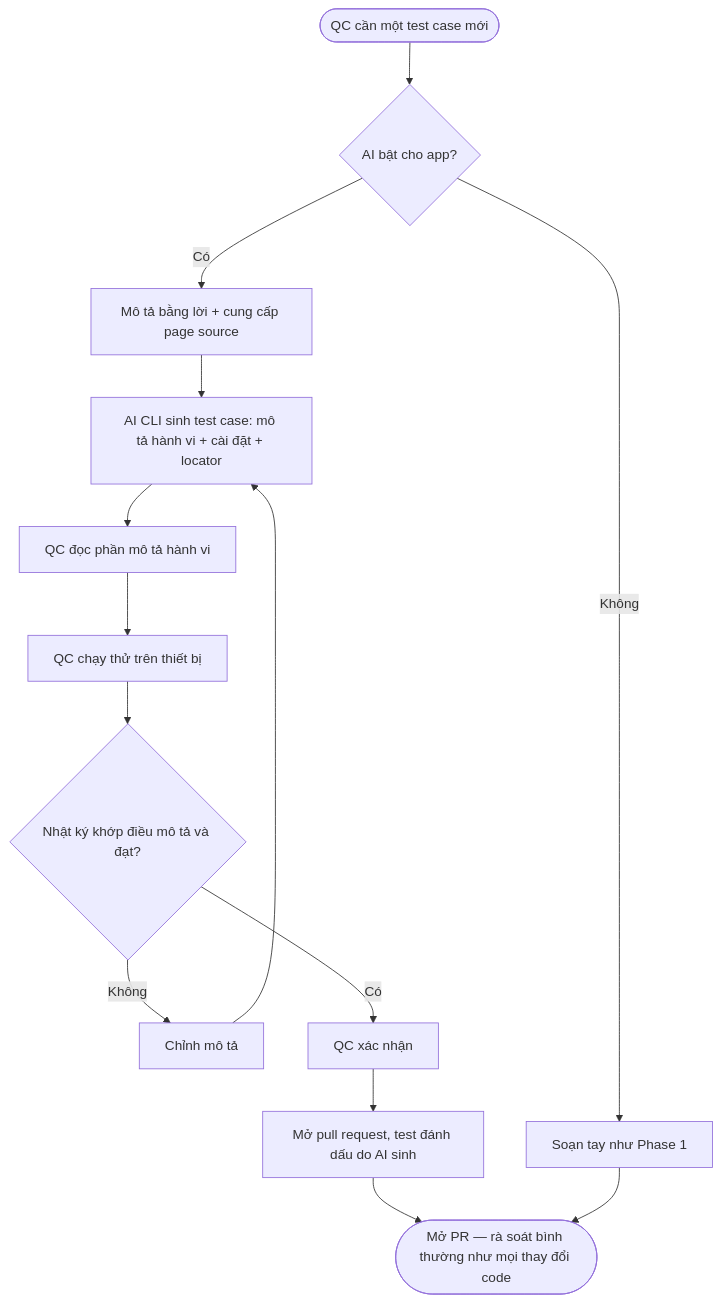
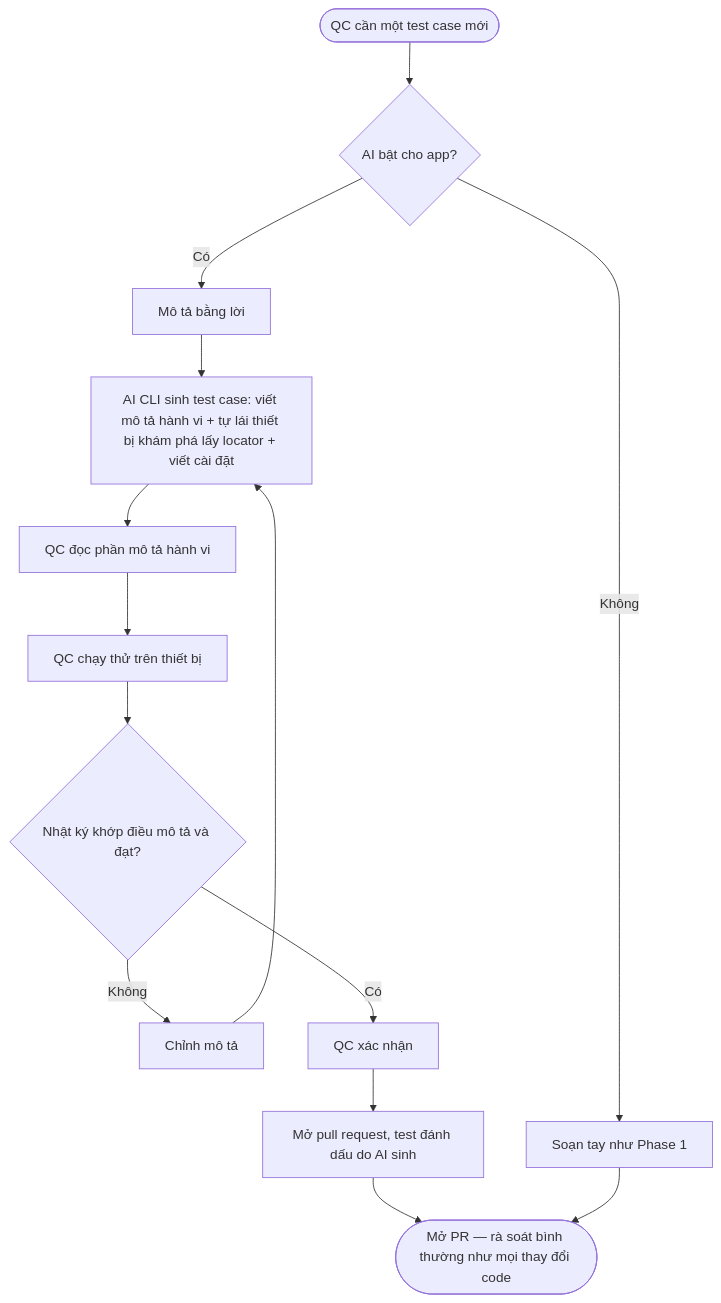
Before and after one commit to kytruongdev/aimtap: the second of 3 diagrams in docs/business/phase-2/use-cases.md, drawn with Mermaid. The commit also changed other lines of this file and 6 other files, not shown here.

````diff
--- a/docs/business/phase-2/use-cases.md
+++ b/docs/business/phase-2/use-cases.md
@@ -92,16 +94,16 @@
 ```mermaid
 flowchart TD
 start([QC cần một test case mới]) --> aion{AI bật cho app?}
 aion -->|Không| manual[Soạn tay như Phase 1]
-aion -->|Có| desc[Mô tả bằng lời + cung cấp page source]
-desc --> gen[AI CLI sinh test case: mô tả hành vi + cài đặt + locator]
+aion -->|Có| desc[Mô tả bằng lời]
+desc --> gen[AI CLI sinh test case: viết mô tả hành vi + tự lái thiết bị khám phá lấy locator + viết cài đặt]
 gen --> read[QC đọc phần mô tả hành vi]
 read --> run[QC chạy thử trên thiết bị]
 run --> match{Nhật ký khớp điều mô tả và đạt?}
 match -->|Không| adjust[Chỉnh mô tả]
 adjust --> gen
 match -->|Có| confirm[QC xác nhận]
 confirm --> pr[Mở pull request, test đánh dấu do AI sinh]
 pr --> done([Mở PR — rà soát bình thường như mọi thay đổi code])
 manual --> done
 ```
````
